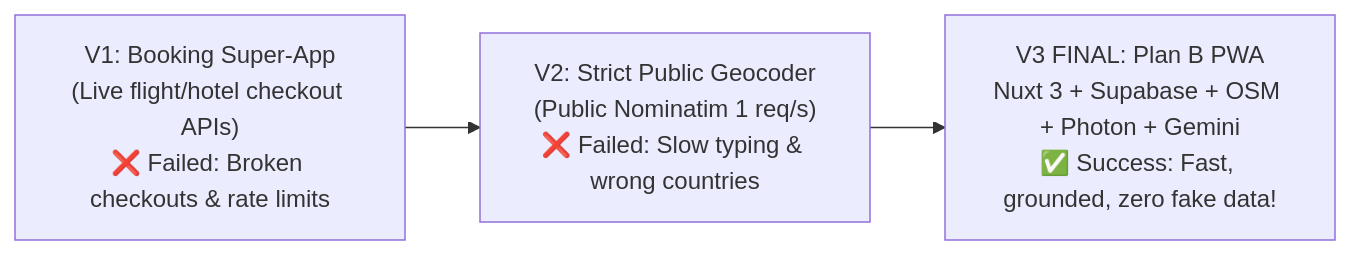
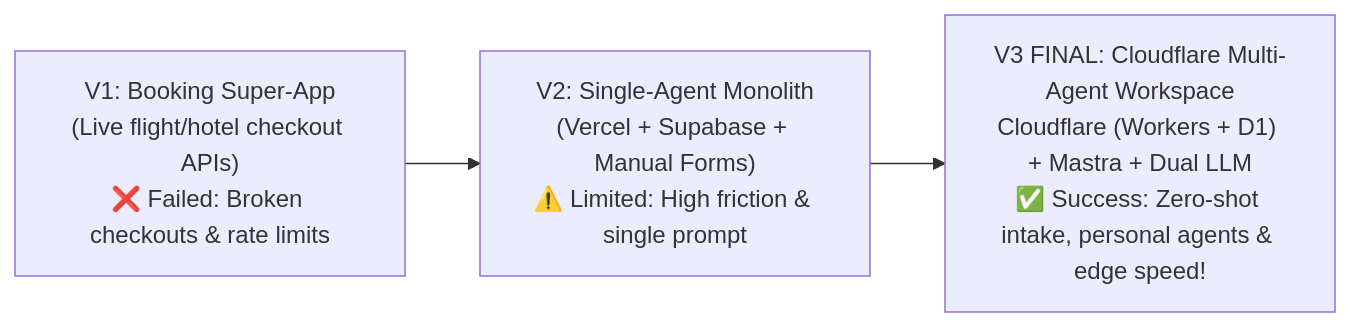
One commit to nlzce/We-are-the-champions_Plan-B changed diagram 16 of 21 in README.md. Above: the diagram before and after it, drawn with Mermaid. The commit also changed other lines of this file, not shown here.

Commit message:
docs: update README with multi-agent architecture, 22-screen journey, and zero-form intake

````diff
--- a/README.md
+++ b/README.md
@@ -414,5 +524,5 @@
 ```mermaid
 flowchart LR
-  V1["V1: Booking Super-App<br/>(Live flight/hotel checkout APIs)<br/>❌ Failed: Broken checkouts & rate limits"] --> V2["V2: Strict Public Geocoder<br/>(Public Nominatim 1 req/s)<br/>❌ Failed: Slow typing & wrong countries"]
-  V2 --> V3["V3 FINAL: Plan B PWA<br/>Nuxt 3 + Supabase + OSM + Photon + Gemini<br/>✅ Success: Fast, grounded, zero fake data!"]
+  V1["V1: Booking Super-App<br/>(Live flight/hotel checkout APIs)<br/>❌ Failed: Broken checkouts & rate limits"] --> V2["V2: Single-Agent Monolith<br/>(Vercel + Supabase + Manual Forms)<br/>⚠️ Limited: High friction & single prompt"]
+  V2 --> V3["V3 FINAL: Cloudflare Multi-Agent Workspace<br/>Cloudflare (Workers + D1) + Mastra + Dual LLM<br/>✅ Success: Zero-shot intake, personal agents & edge speed!"]
 ```
````
